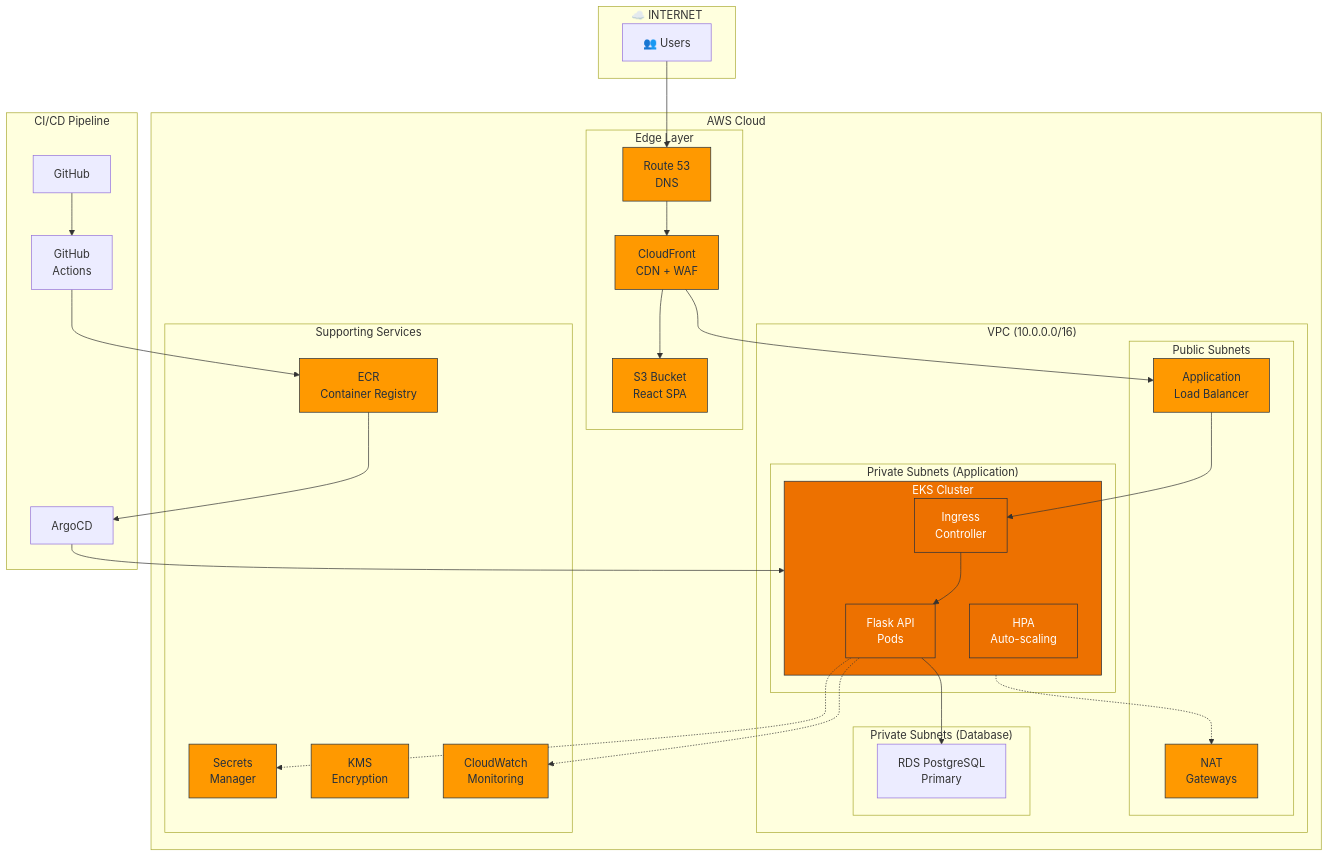
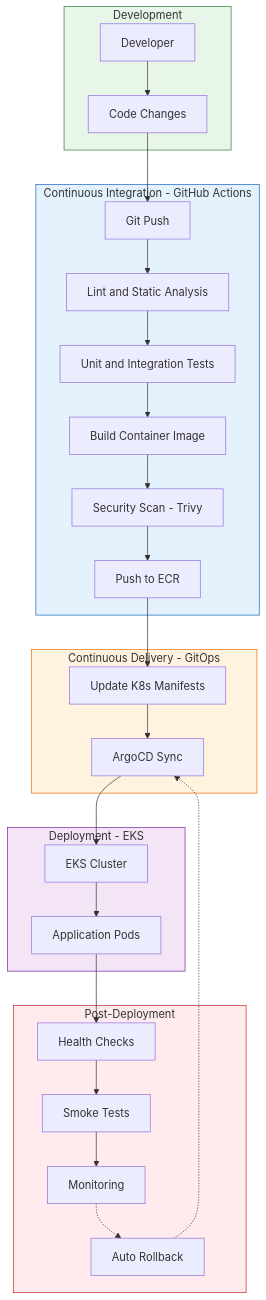
Before and after one commit to ArenHarut/opsfleet-task: the diagram in innnovate/diagrams/architecture-overview.mermaid, drawn with Mermaid.

Commit message:
Revise architecture overview diagram for CI/CD

```diff
--- a/innnovate/diagrams/architecture-overview.mermaid
+++ b/innnovate/diagrams/architecture-overview.mermaid
@@ -1,70 +1,48 @@
 flowchart TB
-    subgraph Internet["☁️ INTERNET"]
-        Users["👥 Users"]
+    subgraph Development["Development"]
+        Dev["Developer"] --> Code["Code Changes"]
     end
 
-    subgraph AWS["AWS Cloud"]
-        subgraph Edge["Edge Layer"]
-            R53["Route 53<br/>DNS"]
-            CF["CloudFront<br/>CDN + WAF"]
-            S3["S3 Bucket<br/>React SPA"]
-        end
-
-        subgraph VPC["VPC (10.0.0.0/16)"]
-            subgraph Public["Public Subnets"]
-                ALB["Application<br/>Load Balancer"]
-                NAT["NAT<br/>Gateways"]
-            end
-
-            subgraph Private["Private Subnets (Application)"]
-                subgraph EKS["EKS Cluster"]
-                    API["Flask API<br/>Pods"]
-                    Ingress["Ingress<br/>Controller"]
-                    HPA["HPA<br/>Auto-scaling"]
-                end
-            end
-
-            subgraph Database["Private Subnets (Database)"]
-                RDS_Primary["RDS PostgreSQL<br/>Primary"]
-            end
-        end
-
-        subgraph Services["Supporting Services"]
-            ECR["ECR<br/>Container Registry"]
-            SM["Secrets<br/>Manager"]
-            KMS["KMS<br/>Encryption"]
-            CW["CloudWatch<br/>Monitoring"]
-        end
+    subgraph CI["Continuous Integration - GitHub Actions"]
+        Push["Git Push"]
+        Lint["Lint and Static Analysis"]
+        Test["Unit and Integration Tests"]
+        Build["Build Container Image"]
+        Scan["Security Scan - Trivy"]
+        Push_ECR["Push to ECR"]
+        
+        Push --> Lint --> Test
+        Test --> Build --> Scan --> Push_ECR
     end
 
-    subgraph CICD["CI/CD Pipeline"]
-        GH["GitHub"]
-        GHA["GitHub<br/>Actions"]
-        ARGO["ArgoCD"]
+    subgraph CD["Continuous Delivery - GitOps"]
+        Update["Update K8s Manifests"] --> ArgoCD["ArgoCD Sync"]
     end
 
-    Users --> R53
-    R53 --> CF
-    CF --> S3
-    CF --> ALB
-    ALB --> Ingress
-    Ingress --> API
-    API --> RDS_Primary
-    
-    GH --> GHA
-    GHA --> ECR
-    ECR --> ARGO
-    ARGO --> EKS
-    
-    API -.-> SM
-    API -.-> CW
-    EKS -.-> NAT
-    
-    classDef aws fill:#FF9900,stroke:#232F3E,color:#232F3E
-    classDef security fill:#DD344C,stroke:#232F3E,color:white
-    classDef database fill:#3B48CC,stroke:#232F3E,color:white
-    classDef compute fill:#ED7100,stroke:#232F3E,color:white
-    classDef network fill:#8C4FFF,stroke:#232F3E,color:white
-    
-    class R53,CF,S3,ALB,NAT,ECR,SM,KMS,CW aws
-    class API,EKS,Ingress,HPA compute
+    subgraph Deployment["Deployment - EKS"]
+        Cluster["EKS Cluster"] --> Pods["Application Pods"]
+    end
+
+    subgraph Validation["Post-Deployment"]
+        Health["Health Checks"] --> Smoke["Smoke Tests"]
+        Smoke --> Monitor["Monitoring"]
+        Monitor -.-> Rollback["Auto Rollback"]
+    end
+
+    Code --> Push
+    Push_ECR --> Update
+    ArgoCD --> Cluster
+    Pods --> Health
+    Rollback -.-> ArgoCD
+
+    classDef dev fill:#E8F5E9,stroke:#2E7D32
+    classDef ci fill:#E3F2FD,stroke:#1565C0
+    classDef cd fill:#FFF3E0,stroke:#EF6C00
+    classDef deploy fill:#F3E5F5,stroke:#7B1FA2
+    classDef validate fill:#FFEBEE,stroke:#C62828
+
+    class Development dev
+    class CI ci
+    class CD cd
+    class Deployment deploy
+    class Validation validate
```
